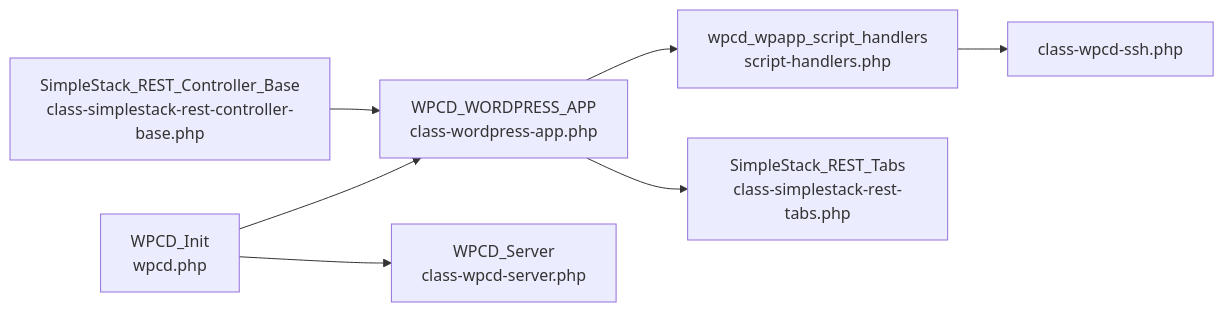
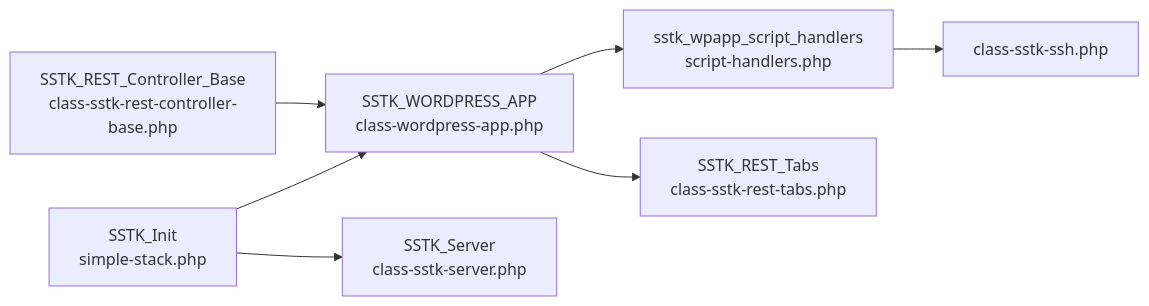
Before and after one commit to onedogsolutions/simple-stack: the eighth of 8 diagrams in .qoder/repowiki/en/content/WordPress Application Engine/Customization & Extension Points/Hook System & Lifecycle Customization.md, drawn with Mermaid. The commit also changed other lines of this file and 5941 other files, not shown here.

First line of the commit message:
refactor(core): rebrand WPCloudDeploy to Simple Stack with new namespaces and prefixes

````diff
--- a/.qoder/repowiki/en/content/WordPress Application Engine/Customization & Extension Points/Hook System & Lifecycle Customization.md
+++ b/.qoder/repowiki/en/content/WordPress Application Engine/Customization & Extension Points/Hook System & Lifecycle Customization.md
@@ -288,9 +288,9 @@
 ```mermaid
 graph LR
-WPCD_Init["WPCD_Init<br/>wpcd.php"] --> WP_App["WPCD_WORDPRESS_APP<br/>class-wordpress-app.php"]
-WPCD_Init --> Server_Class["WPCD_Server<br/>class-wpcd-server.php"]
-WP_App --> Script_Handlers["wpcd_wpapp_script_handlers<br/>script-handlers.php"]
-WP_App --> REST_Tabs["SimpleStack_REST_Tabs<br/>class-simplestack-rest-tabs.php"]
-Script_Handlers --> SSH_Layer["class-wpcd-ssh.php"]
-REST_Base["SimpleStack_REST_Controller_Base<br/>class-simplestack-rest-controller-base.php"] --> WP_App
+SSTK_Init["SSTK_Init<br/>simple-stack.php"] --> WP_App["SSTK_WORDPRESS_APP<br/>class-wordpress-app.php"]
+SSTK_Init --> Server_Class["SSTK_Server<br/>class-sstk-server.php"]
+WP_App --> Script_Handlers["sstk_wpapp_script_handlers<br/>script-handlers.php"]
+WP_App --> REST_Tabs["SSTK_REST_Tabs<br/>class-sstk-rest-tabs.php"]
+Script_Handlers --> SSH_Layer["class-sstk-ssh.php"]
+REST_Base["SSTK_REST_Controller_Base<br/>class-sstk-rest-controller-base.php"] --> WP_App
 ```
````
